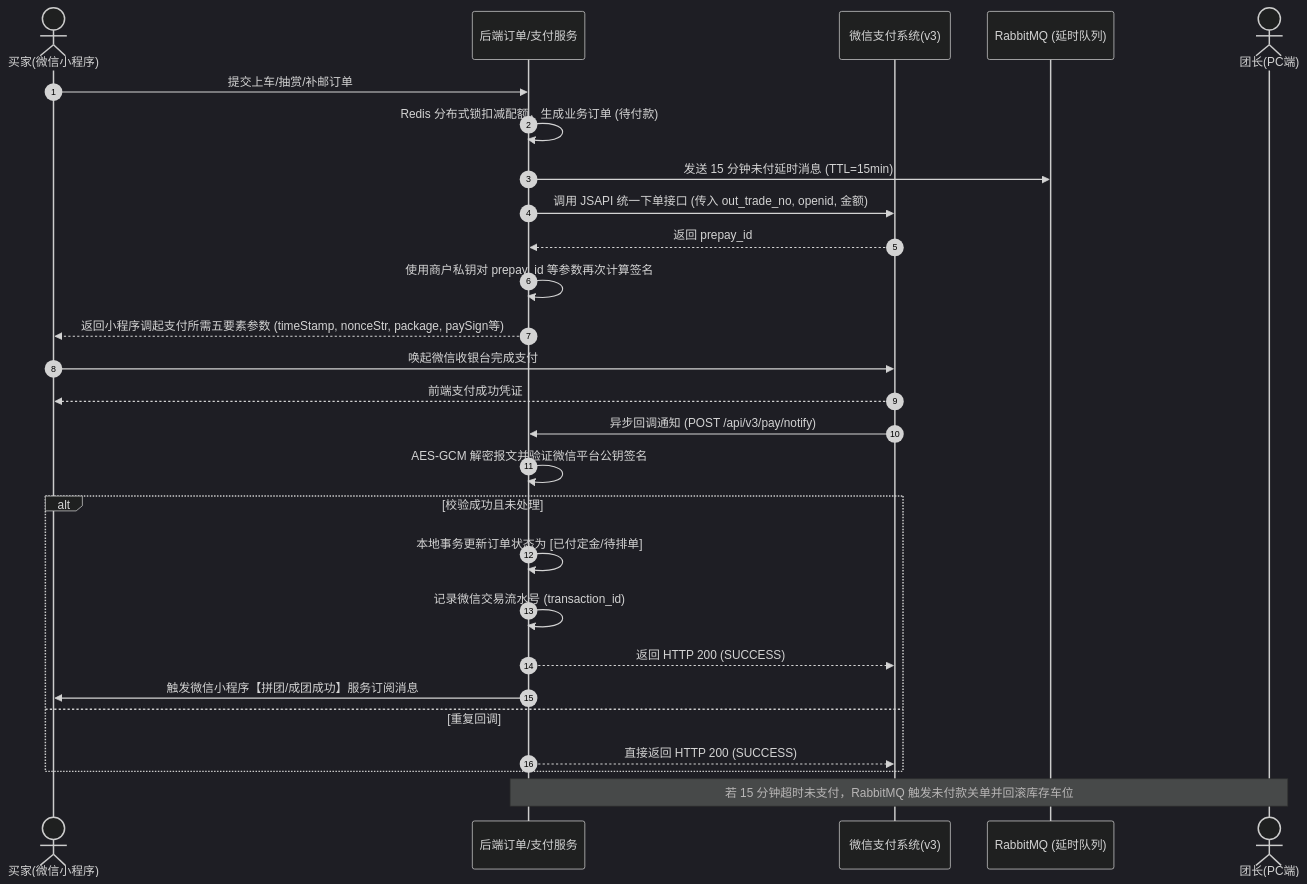
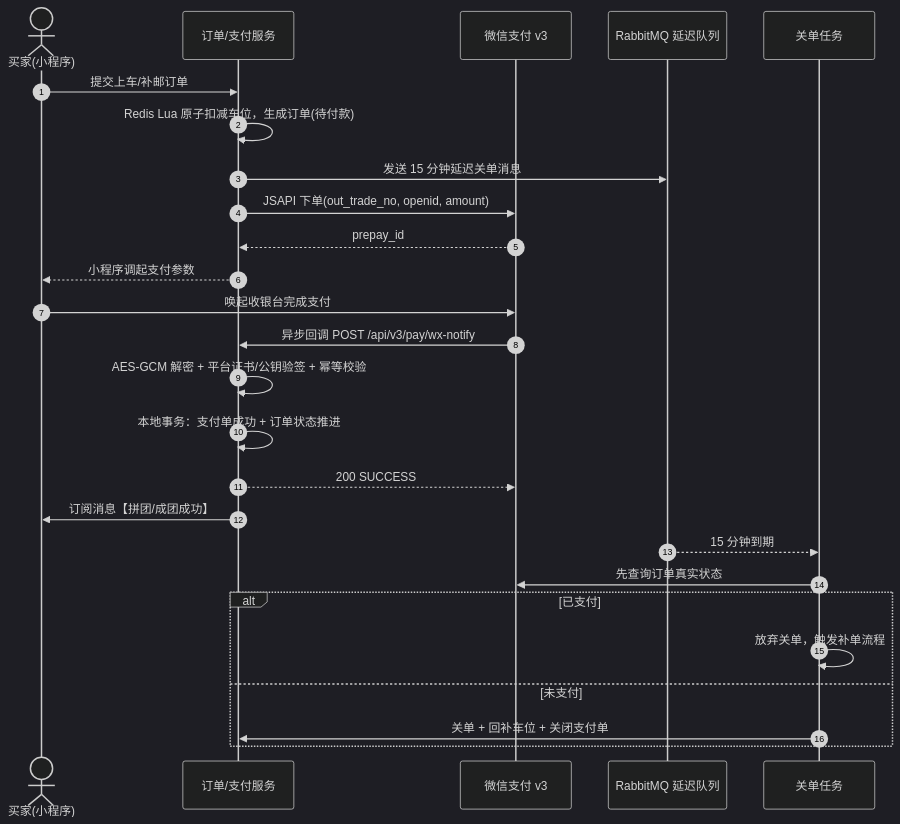
Before and after one commit to ciiiallo/code: the second of 3 diagrams in README.md, drawn with Mermaid (dark theme). The commit also changed other lines of this file, not shown here.

````diff
--- a/README.md
+++ b/README.md
@@ -113,33 +223,30 @@
 ```mermaid
 sequenceDiagram
     autonumber
-    actor Buyer as 买家(微信小程序)
-    participant Java as 后端订单/支付服务
-    participant WxPay as 微信支付系统(v3)
-    participant Rabbit as RabbitMQ (延时队列)
-    actor Seller as 团长(PC端)
+    actor Buyer as 买家(小程序)
+    participant Java as 订单/支付服务
+    participant WxPay as 微信支付 v3
+    participant MQ as RabbitMQ 延迟队列
+    participant Job as 关单任务
 
-    Buyer->>Java: 提交上车/抽赏/补邮订单
-    Java->>Java: Redis 分布式锁扣减配额，生成业务订单 (待付款)
-    Java->>Rabbit: 发送 15 分钟未付延时消息 (TTL=15min)
-    Java->>WxPay: 调用 JSAPI 统一下单接口 (传入 out_trade_no, openid, 金额)
-    WxPay-->>Java: 返回 prepay_id
-    Java->>Java: 使用商户私钥对 prepay_id 等参数再次计算签名
-    Java-->>Buyer: 返回小程序调起支付所需五要素参数 (timeStamp, nonceStr, package, paySign等)
-    
-    Buyer->>WxPay: 唤起微信收银台完成支付
-    WxPay-->>Buyer: 前端支付成功凭证
-    WxPay->>Java: 异步回调通知 (POST /api/v3/pay/notify)
-    
-    Java->>Java: AES-GCM 解密报文并验证微信平台公钥签名
-    alt 校验成功且未处理
-        Java->>Java: 本地事务更新订单状态为 [已付定金/待排单]
-        Java->>Java: 记录微信交易流水号 (transaction_id)
-        Java-->>WxPay: 返回 HTTP 200 (SUCCESS)
-        Java->>Buyer: 触发微信小程序【拼团/成团成功】服务订阅消息
-    else 重复回调
-        Java-->>WxPay: 直接返回 HTTP 200 (SUCCESS)
+    Buyer->>Java: 提交上车/补邮订单
+    Java->>Java: Redis Lua 原子扣减车位，生成订单(待付款)
+    Java->>MQ: 发送 15 分钟延迟关单消息
+    Java->>WxPay: JSAPI 下单(out_trade_no, openid, amount)
+    WxPay-->>Java: prepay_id
+    Java-->>Buyer: 小程序调起支付参数
+    Buyer->>WxPay: 唤起收银台完成支付
+    WxPay->>Java: 异步回调 POST /api/v3/pay/wx-notify
+    Java->>Java: AES-GCM 解密 + 平台证书/公钥验签 + 幂等校验
+    Java->>Java: 本地事务：支付单成功 + 订单状态推进
+    Java-->>WxPay: 200 SUCCESS
+    Java->>Buyer: 订阅消息【拼团/成团成功】
+
+    MQ-->>Job: 15 分钟到期
+    Job->>WxPay: 先查询订单真实状态
+    alt 已支付
+        Job->>Job: 放弃关单，触发补单流程
+    else 未支付
+        Job->>Java: 关单 + 回补车位 + 关闭支付单
     end
-
-    Note over Java,Seller: 若 15 分钟超时未支付，RabbitMQ 触发未付款关单并回滚库存车位
 ```
````
